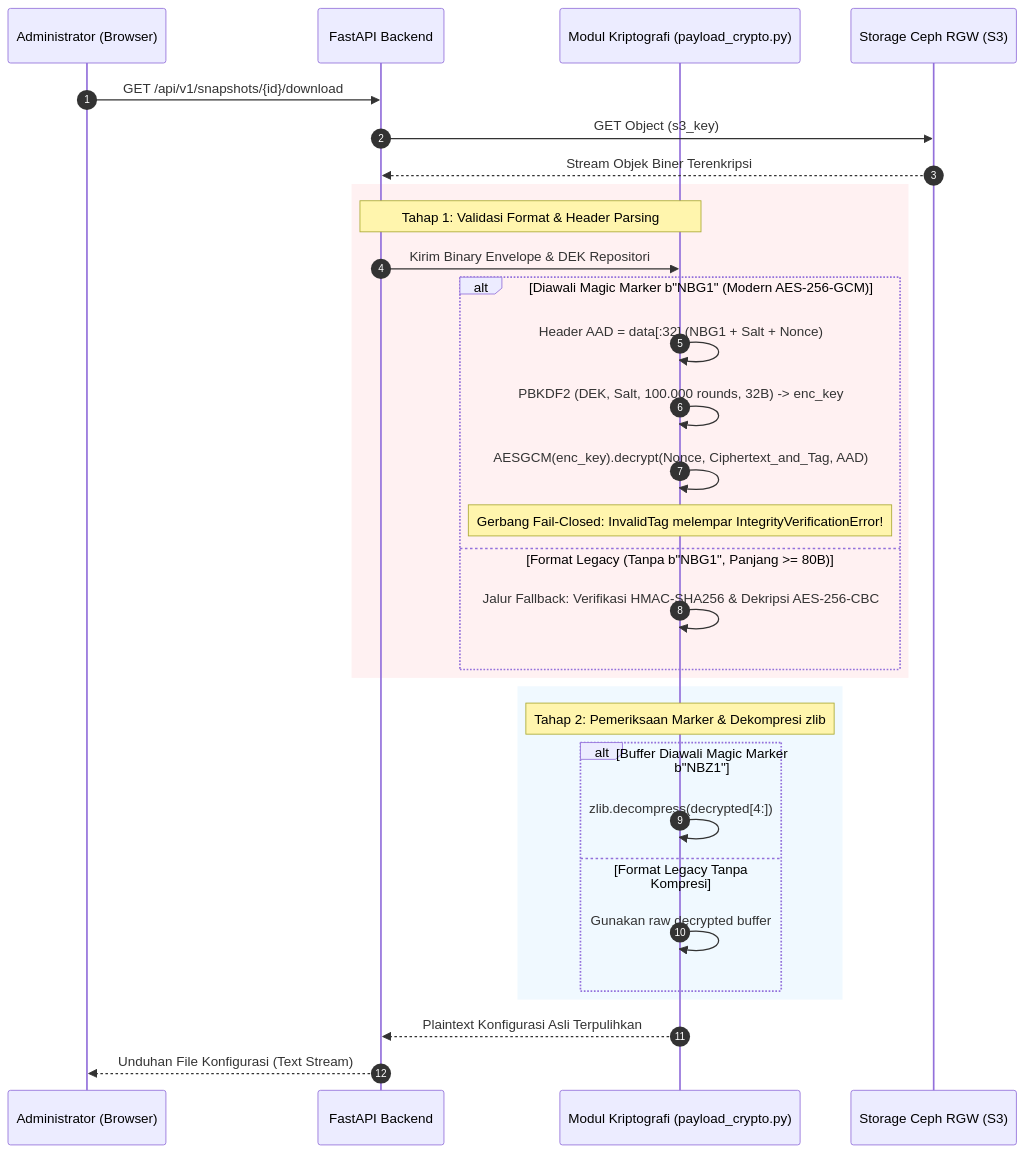
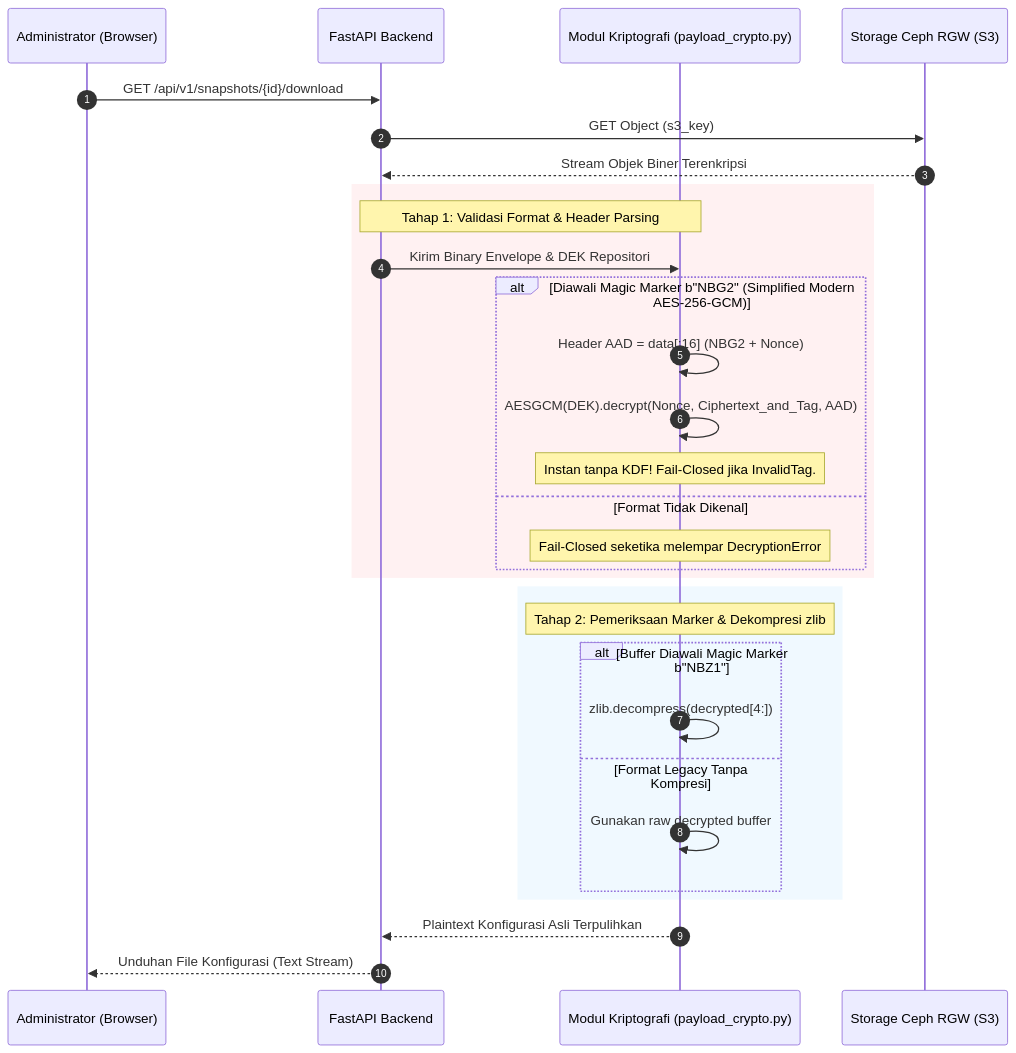
The sixth of 6 diagrams in docs/DOKUMENTASI-LENGKAP-SISTEM-NETBACKUP.md (NugrohoAdySusanto/network-backup), drawn with Mermaid before and after one commit. The commit also changed other lines of this file and 9 other files, not shown here.

Commit message:
refactor: migrate manifest, payload, and vault crypto modules to AES-256-GCM AEAD

````diff
--- a/docs/DOKUMENTASI-LENGKAP-SISTEM-NETBACKUP.md
+++ b/docs/DOKUMENTASI-LENGKAP-SISTEM-NETBACKUP.md
@@ -993,37 +995,36 @@
 ```mermaid
 sequenceDiagram
     autonumber
     participant ADM as Administrator (Browser)
     participant API as FastAPI Backend
     participant SEC as Modul Kriptografi (payload_crypto.py)
     participant S3 as Storage Ceph RGW (S3)
 
     ADM->>API: GET /api/v1/snapshots/{id}/download
     API->>S3: GET Object (s3_key)
     S3-->>API: Stream Objek Biner Terenkripsi
     
     rect rgb(255, 241, 242)
         Note over API,SEC: Tahap 1: Validasi Format & Header Parsing
         API->>SEC: Kirim Binary Envelope & DEK Repositori
-        alt Diawali Magic Marker b"NBG1" (Modern AES-256-GCM)
-            SEC->>SEC: Header AAD = data[:32] (NBG1 + Salt + Nonce)
-            SEC->>SEC: PBKDF2 (DEK, Salt, 100.000 rounds, 32B) -> enc_key
-            SEC->>SEC: AESGCM(enc_key).decrypt(Nonce, Ciphertext_and_Tag, AAD)
-            Note over SEC: Gerbang Fail-Closed: InvalidTag melempar IntegrityVerificationError!
-        else Format Legacy (Tanpa b"NBG1", Panjang >= 80B)
-            SEC->>SEC: Jalur Fallback: Verifikasi HMAC-SHA256 & Dekripsi AES-256-CBC
+        alt Diawali Magic Marker b"NBG2" (Simplified Modern AES-256-GCM)
+            SEC->>SEC: Header AAD = data[:16] (NBG2 + Nonce)
+            SEC->>SEC: AESGCM(DEK).decrypt(Nonce, Ciphertext_and_Tag, AAD)
+            Note over SEC: Instan tanpa KDF! Fail-Closed jika InvalidTag.
+        else Format Tidak Dikenal
+            Note over SEC: Fail-Closed seketika melempar DecryptionError
         end
     end
     
     rect rgb(240, 249, 255)
         Note over SEC: Tahap 2: Pemeriksaan Marker & Dekompresi zlib
         alt Buffer Diawali Magic Marker b"NBZ1"
             SEC->>SEC: zlib.decompress(decrypted[4:])
         else Format Legacy Tanpa Kompresi
             SEC->>SEC: Gunakan raw decrypted buffer
         end
     end
     
     SEC-->>API: Plaintext Konfigurasi Asli Terpulihkan
     API-->>ADM: Unduhan File Konfigurasi (Text Stream)
 ```
````
